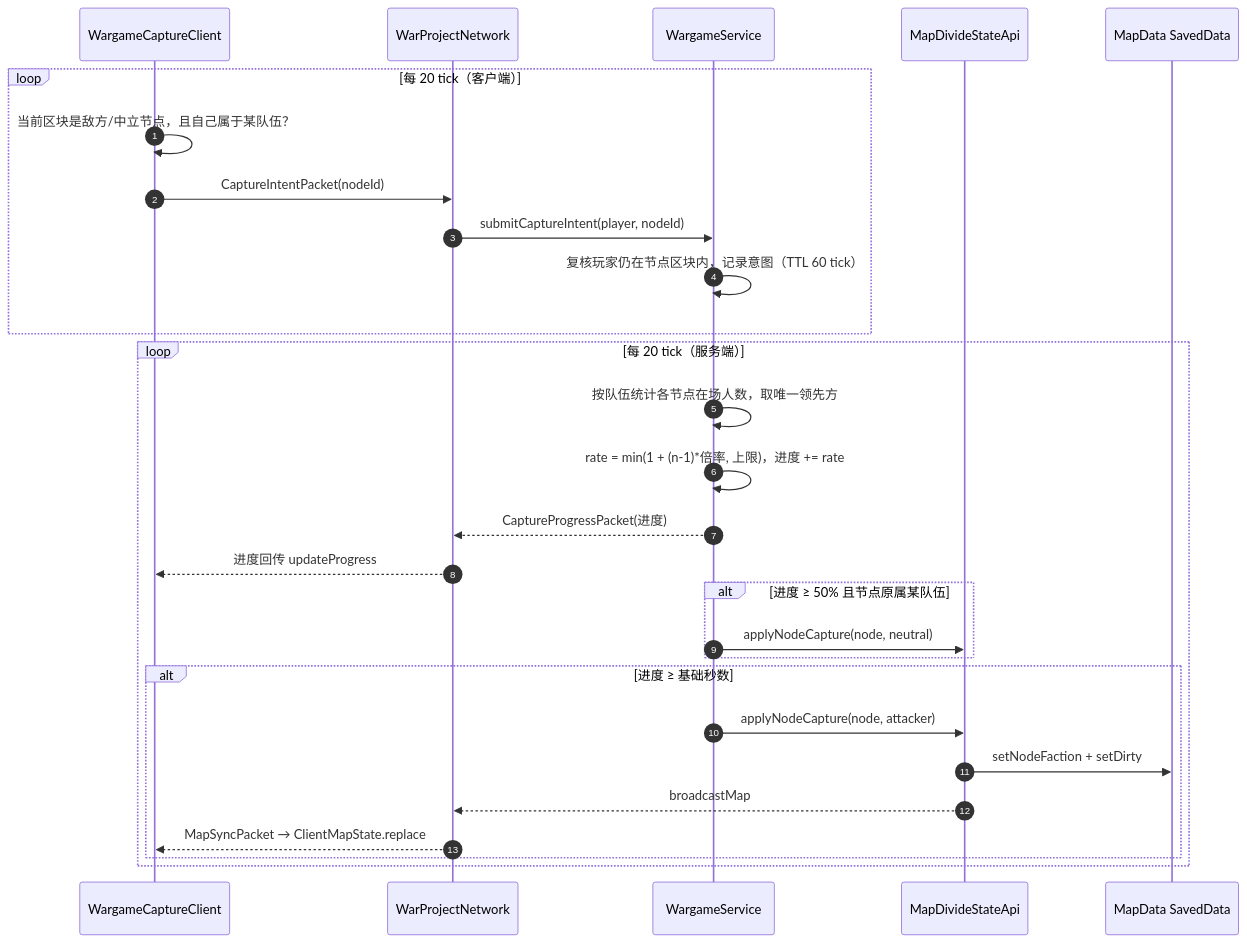
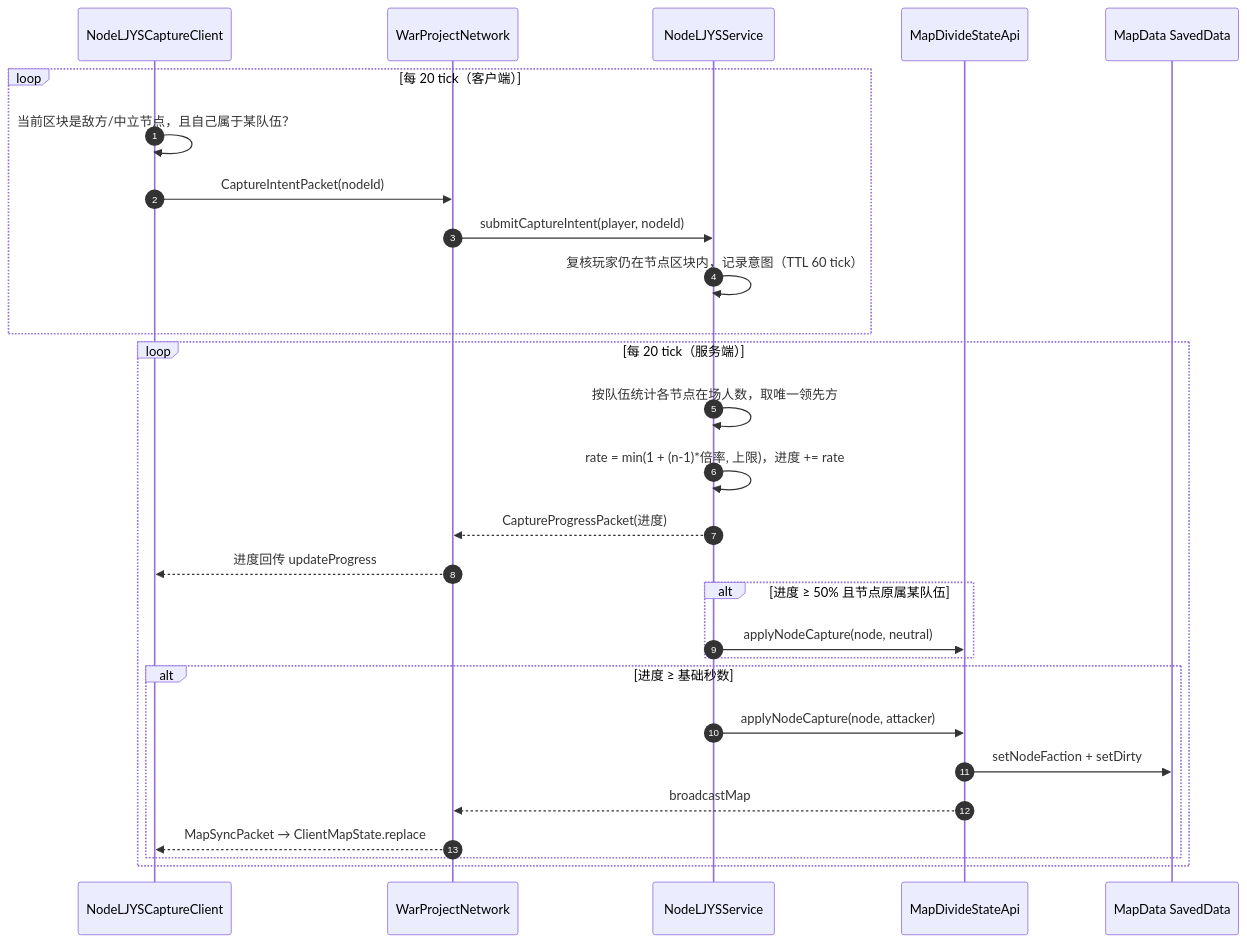
The second of 2 diagrams in docs/ARCHITECTURE.md (tacticalmap-dev/War_Project), drawn with Mermaid before and after one commit. The commit also changed other lines of this file and 219 other files, not shown here.

````diff
--- a/docs/ARCHITECTURE.md
+++ b/docs/ARCHITECTURE.md
@@ -114,31 +120,31 @@
 ```mermaid
 sequenceDiagram
     autonumber
-    participant CC as WargameCaptureClient
+    participant CC as NodeLJYSCaptureClient
     participant NET as WarProjectNetwork
-    participant WS as WargameService
+    participant WS as NodeLJYSService
     participant API as MapDivideStateApi
     participant MAP as MapData SavedData
 
     loop 每 20 tick（客户端）
         CC->>CC: 当前区块是敌方/中立节点，且自己属于某队伍？
         CC->>NET: CaptureIntentPacket(nodeId)
         NET->>WS: submitCaptureIntent(player, nodeId)
         WS->>WS: 复核玩家仍在节点区块内，记录意图（TTL 60 tick）
     end
     loop 每 20 tick（服务端）
         WS->>WS: 按队伍统计各节点在场人数，取唯一领先方
         WS->>WS: rate = min(1 + (n-1)*倍率, 上限)，进度 += rate
         WS-->>NET: CaptureProgressPacket(进度)
         NET-->>CC: 进度回传 updateProgress
         alt 进度 ≥ 50% 且节点原属某队伍
             WS->>API: applyNodeCapture(node, neutral)
         end
         alt 进度 ≥ 基础秒数
             WS->>API: applyNodeCapture(node, attacker)
             API->>MAP: setNodeFaction + setDirty
             API-->>NET: broadcastMap
             NET-->>CC: MapSyncPacket → ClientMapState.replace
         end
     end
 ```
````
